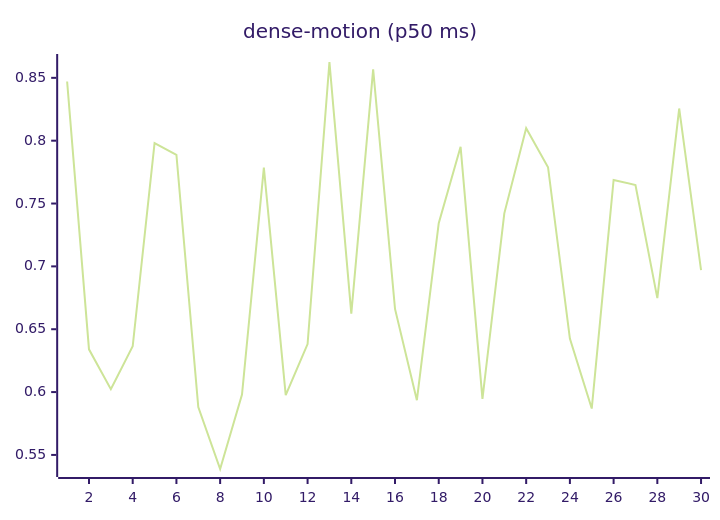
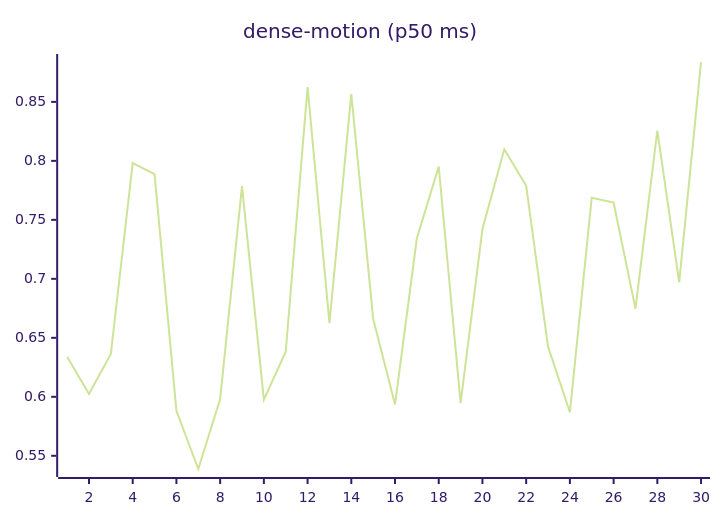
The ninth of 27 diagrams in README.md (josha/Facet), drawn with Mermaid (forest theme) before and after one commit. The commit also changed other lines of this file and 2 other files, not shown here.

````diff
--- a/README.md
+++ b/README.md
@@ -119,6 +119,6 @@
 ```mermaid
 xychart-beta
     title "dense-motion (p50 ms)"
     x-axis 1 --> 30
-    line [0.8471, 0.6340, 0.6023, 0.6364, 0.7981, 0.7888, 0.5881, 0.5388, 0.5980, 0.7785, 0.5976, 0.6382, 0.8626, 0.6624, 0.8567, 0.6662, 0.5935, 0.7344, 0.7951, 0.5946, 0.7422, 0.8099, 0.7789, 0.6425, 0.5869, 0.7688, 0.7647, 0.6747, 0.8256, 0.6971]
+    line [0.6340, 0.6023, 0.6364, 0.7981, 0.7888, 0.5881, 0.5388, 0.5980, 0.7785, 0.5976, 0.6382, 0.8626, 0.6624, 0.8567, 0.6662, 0.5935, 0.7344, 0.7951, 0.5946, 0.7422, 0.8099, 0.7789, 0.6425, 0.5869, 0.7688, 0.7647, 0.6747, 0.8256, 0.6971, 0.8838]
 ```
````
